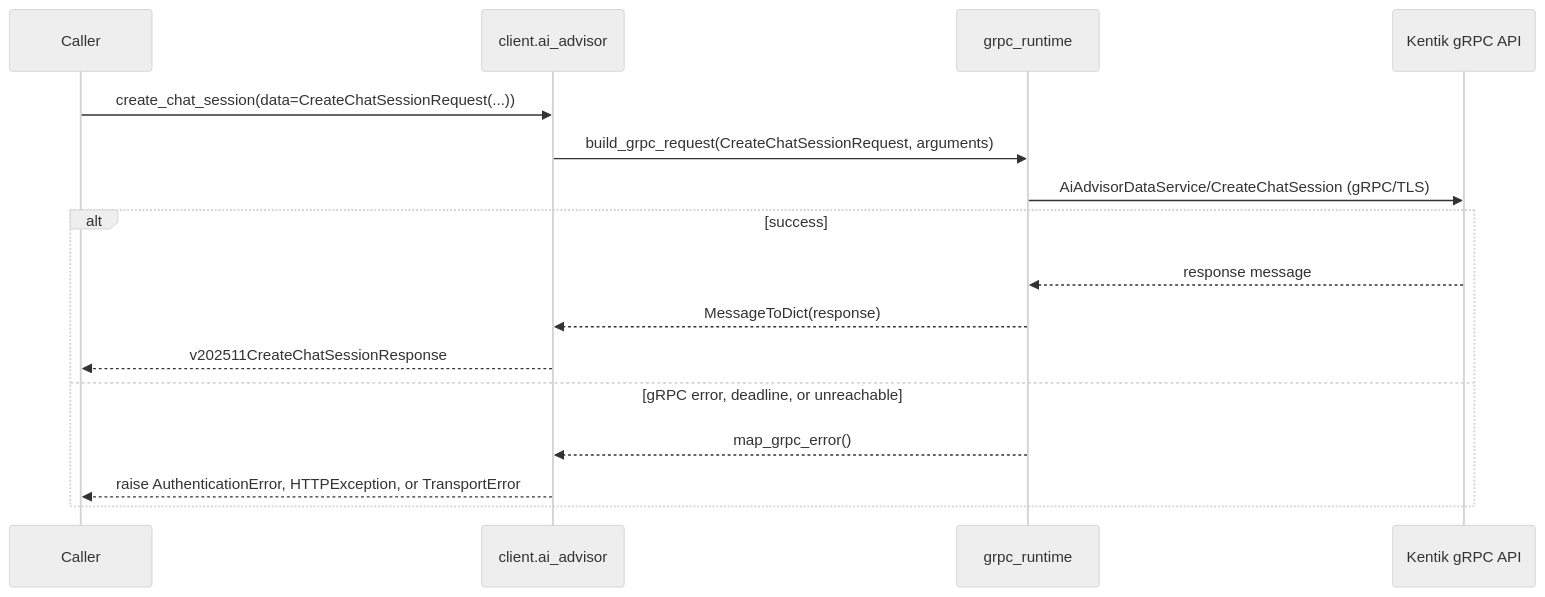
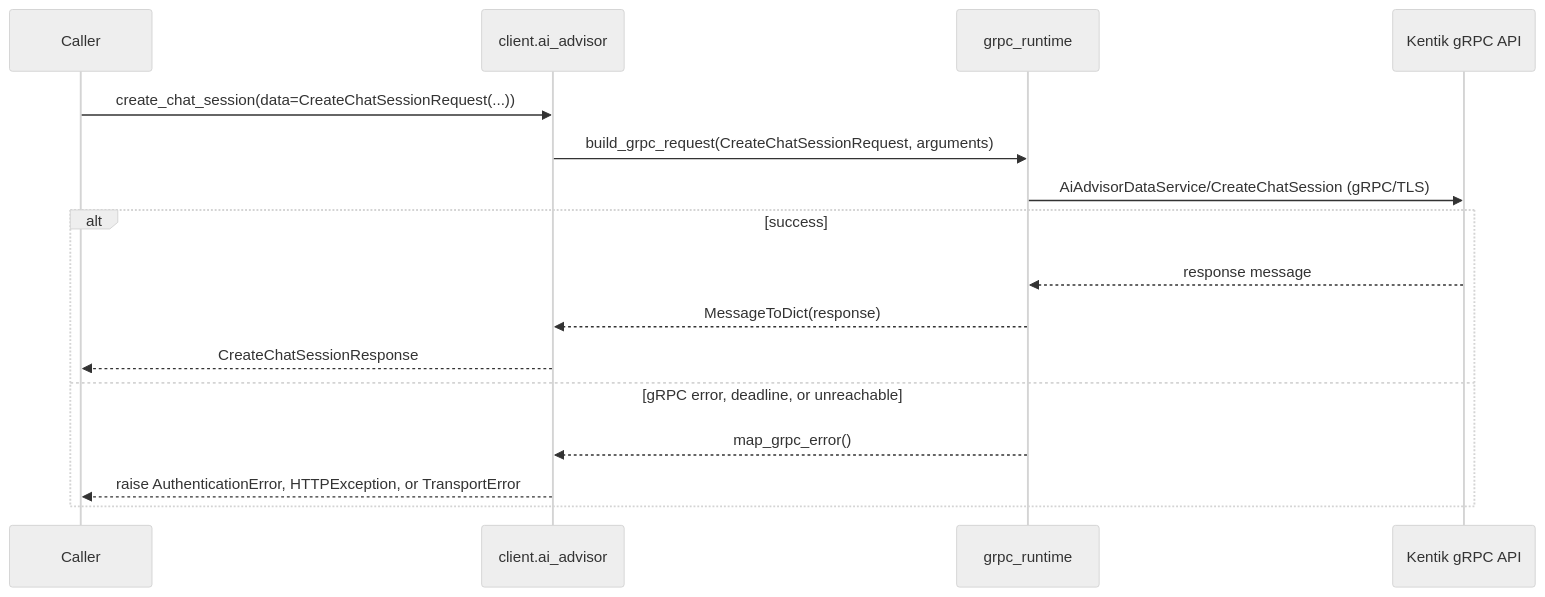
One commit to alexdearaujo/community_sdk_python changed the third of 8 diagrams in docs/sphinx/services/ai_advisor.md. Above: the diagram before and after it, drawn with Mermaid (neutral theme). The commit also changed other lines of this file and 38 other files, not shown here.

````diff
--- a/docs/sphinx/services/ai_advisor.md
+++ b/docs/sphinx/services/ai_advisor.md
@@ -59,19 +59,19 @@
 ```mermaid
 sequenceDiagram
     participant C as Caller
     participant W as client.ai_advisor
     participant R as grpc_runtime
     participant API as Kentik gRPC API
 
     C->>W: create_chat_session(data=CreateChatSessionRequest(...))
     W->>R: build_grpc_request(CreateChatSessionRequest, arguments)
     R->>API: AiAdvisorDataService/CreateChatSession (gRPC/TLS)
     alt success
         API-->>R: response message
         R-->>W: MessageToDict(response)
-        W-->>C: v202511CreateChatSessionResponse
+        W-->>C: CreateChatSessionResponse
     else gRPC error, deadline, or unreachable
         R-->>W: map_grpc_error()
         W-->>C: raise AuthenticationError, HTTPException, or TransportError
     end
 ```
````
